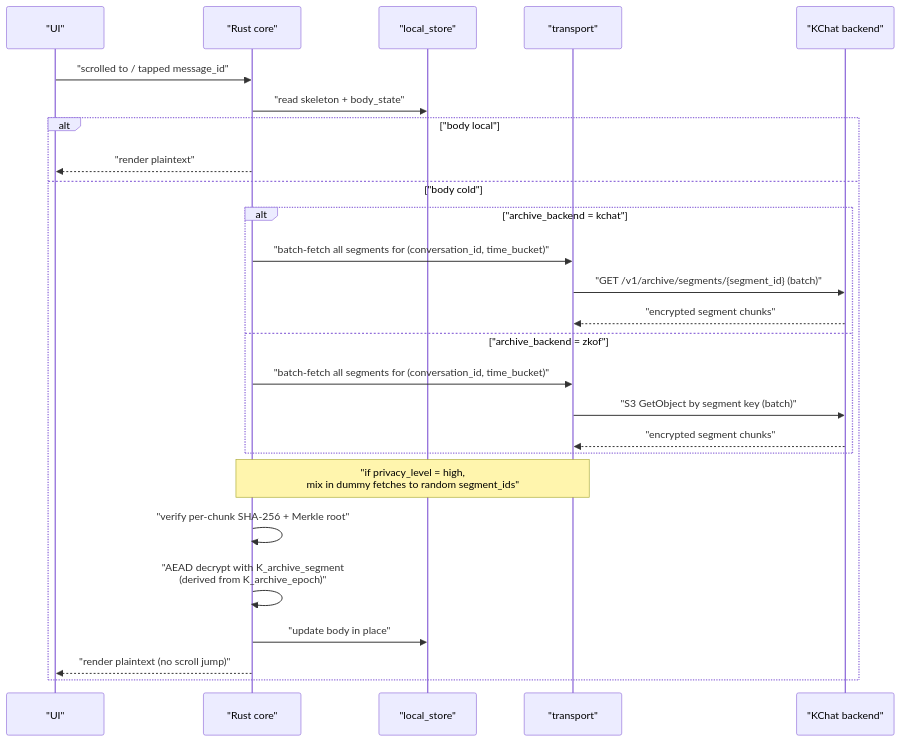
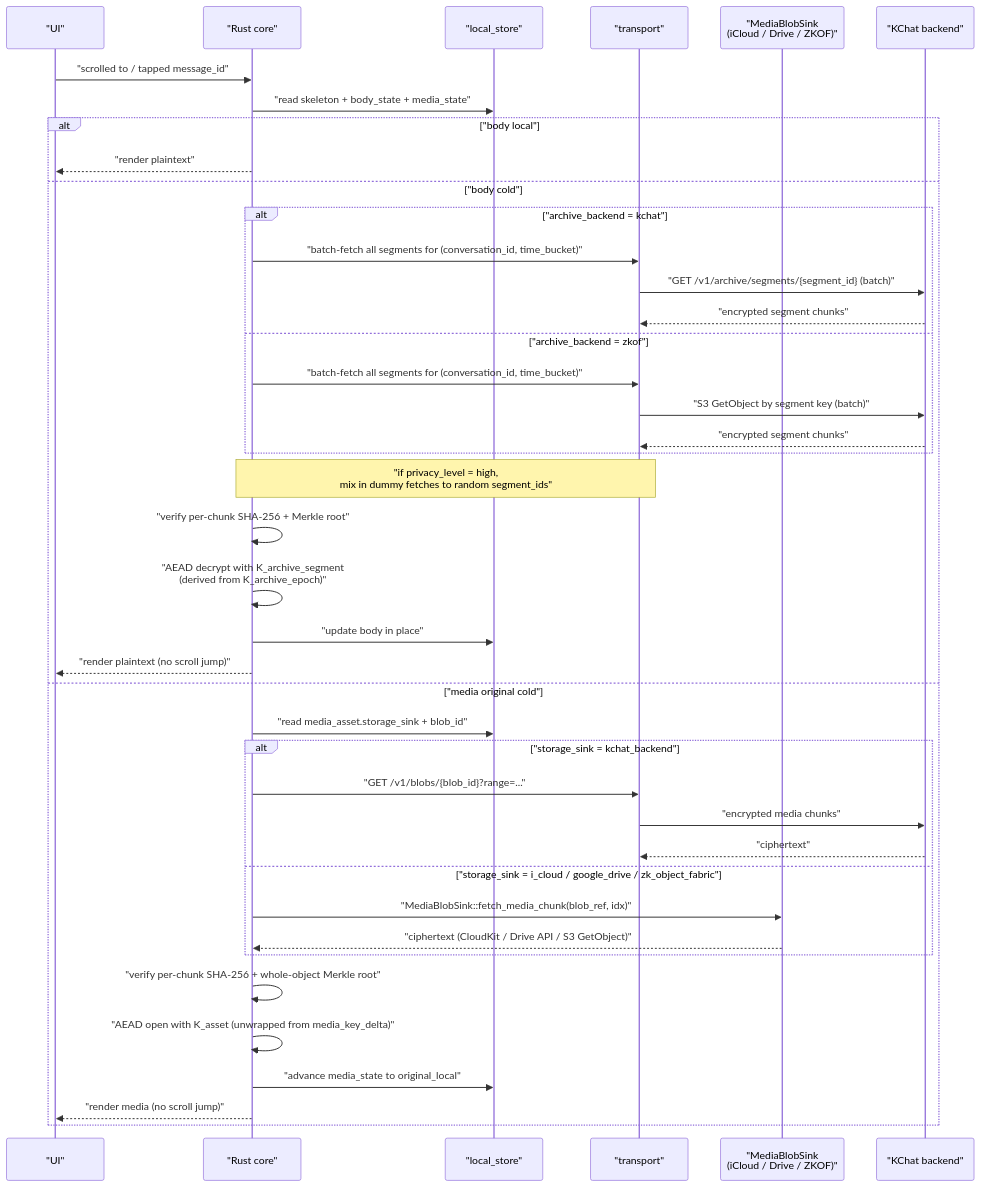
One commit to kennguy3n/chat-storage-search changed diagram 15 of 30 in docs/ARCHITECTURE.md. Above: the diagram before and after it, drawn with Mermaid. The commit also changed other lines of this file and 14 other files, not shown here.

First line of the commit message:
Add forward-compatible tiered media storage scaffolding

````diff
--- a/docs/ARCHITECTURE.md
+++ b/docs/ARCHITECTURE.md
@@ -852,29 +862,44 @@
 ```mermaid
 sequenceDiagram
     participant UI as "UI"
     participant Core as "Rust core"
     participant DB as "local_store"
     participant Tr as "transport"
+    participant Sink as "MediaBlobSink<br/>(iCloud / Drive / ZKOF)"
     participant BE as "KChat backend"
 
     UI->>Core: "scrolled to / tapped message_id"
-    Core->>DB: "read skeleton + body_state"
+    Core->>DB: "read skeleton + body_state + media_state"
     alt "body local"
         Core-->>UI: "render plaintext"
     else "body cold"
         alt "archive_backend = kchat"
             Core->>Tr: "batch-fetch all segments for (conversation_id, time_bucket)"
             Tr->>BE: "GET /v1/archive/segments/{segment_id} (batch)"
             BE-->>Tr: "encrypted segment chunks"
         else "archive_backend = zkof"
             Core->>Tr: "batch-fetch all segments for (conversation_id, time_bucket)"
             Tr->>BE: "S3 GetObject by segment key (batch)"
             BE-->>Tr: "encrypted segment chunks"
         end
         Note over Core,Tr: "if privacy_level = high,<br/>mix in dummy fetches to random segment_ids"
         Core->>Core: "verify per-chunk SHA-256 + Merkle root"
         Core->>Core: "AEAD decrypt with K_archive_segment<br/>(derived from K_archive_epoch)"
         Core->>DB: "update body in place"
         Core-->>UI: "render plaintext (no scroll jump)"
+    else "media original cold"
+        Core->>DB: "read media_asset.storage_sink + blob_id"
+        alt "storage_sink = kchat_backend"
+            Core->>Tr: "GET /v1/blobs/{blob_id}?range=..."
+            Tr->>BE: "encrypted media chunks"
+            BE-->>Tr: "ciphertext"
+        else "storage_sink = i_cloud / google_drive / zk_object_fabric"
+            Core->>Sink: "MediaBlobSink::fetch_media_chunk(blob_ref, idx)"
+            Sink-->>Core: "ciphertext (CloudKit / Drive API / S3 GetObject)"
+        end
+        Core->>Core: "verify per-chunk SHA-256 + whole-object Merkle root"
+        Core->>Core: "AEAD open with K_asset (unwrapped from media_key_delta)"
+        Core->>DB: "advance media_state to original_local"
+        Core-->>UI: "render media (no scroll jump)"
     end
 ```
````
